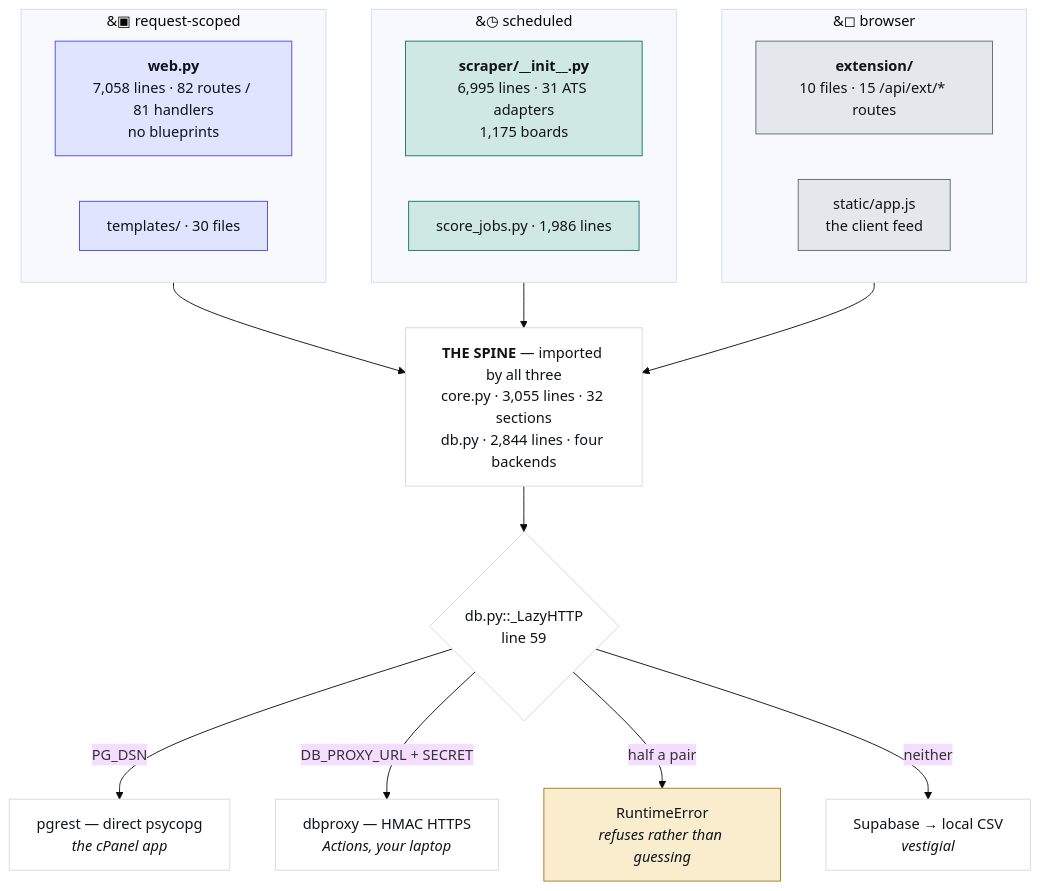
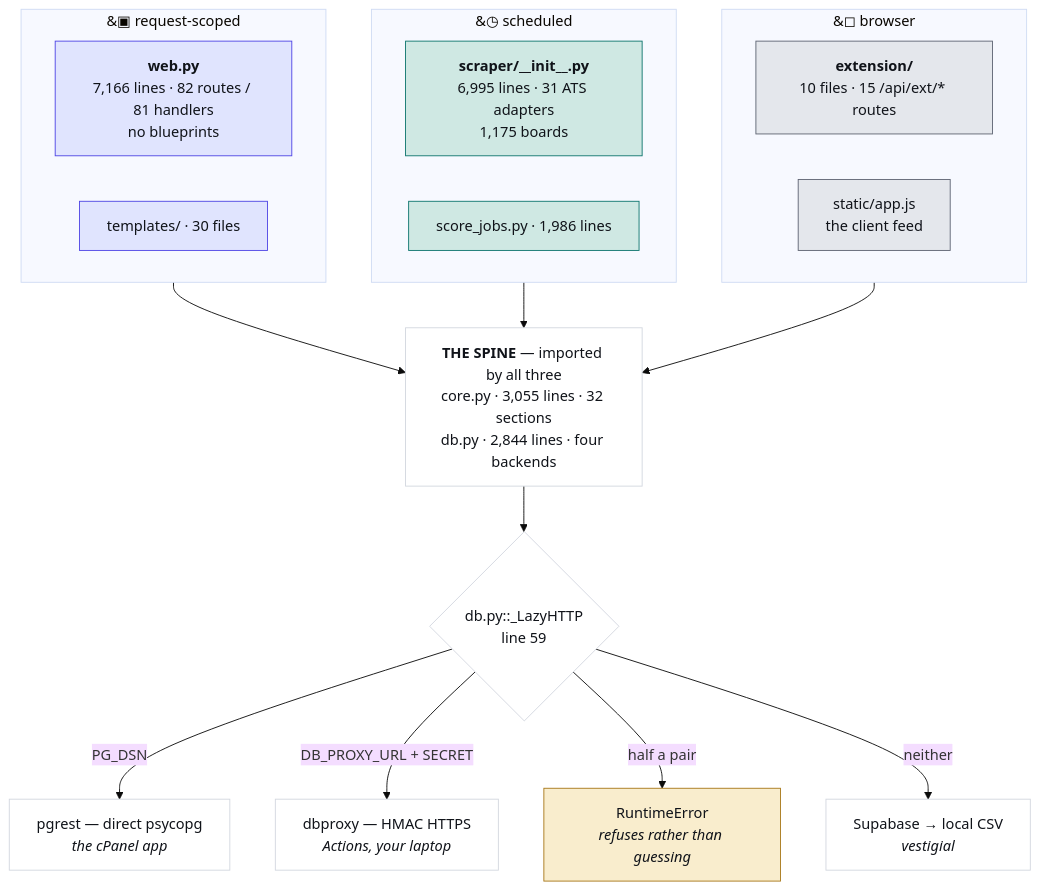
One commit to hadakunal909-debug/job-search-tool changed the first of 4 diagrams in JobMatch Scraper/docs/ARCHITECTURE.md. Above: the diagram before and after it, drawn with Mermaid (base theme). The commit also changed other lines of this file and 9 other files, not shown here.

````diff
--- a/JobMatch Scraper/docs/ARCHITECTURE.md
+++ b/JobMatch Scraper/docs/ARCHITECTURE.md
@@ -45,34 +45,34 @@
 ```mermaid
 flowchart TB
   subgraph REQ["&#9635; request-scoped"]
-    W["<b>web.py</b><br/>7,058 lines · 82 routes / 81 handlers<br/>no blueprints"]
+    W["<b>web.py</b><br/>7,166 lines · 82 routes / 81 handlers<br/>no blueprints"]
     T["templates/ · 30 files"]
   end
   subgraph SCH["&#9719; scheduled"]
     S["<b>scraper/__init__.py</b><br/>6,995 lines · 31 ATS adapters<br/>1,175 boards"]
     J["score_jobs.py · 1,986 lines"]
   end
   subgraph CLI["&#9723; browser"]
     E["<b>extension/</b><br/>10 files · 15 /api/ext/* routes"]
     A["static/app.js<br/>the client feed"]
   end
   SPINE["<b>THE SPINE</b> — imported by all three<br/>core.py · 3,055 lines · 32 sections<br/>db.py · 2,844 lines · four backends"]
   REQ --> SPINE
   SCH --> SPINE
   CLI --> SPINE
   SPINE --> D{"db.py::_LazyHTTP<br/>line 59"}
   D -->|"PG_DSN"| P["pgrest — direct psycopg<br/><i>the cPanel app</i>"]
   D -->|"DB_PROXY_URL + SECRET"| X["dbproxy — HMAC HTTPS<br/><i>Actions, your laptop</i>"]
   D -->|"half a pair"| R["RuntimeError<br/><i>refuses rather than guessing</i>"]
   D -->|"neither"| V["Supabase → local CSV<br/><i>vestigial</i>"]
   classDef web fill:#e0e4fe,stroke:#4f46e5,color:#101319
   classDef sched fill:#cfe8e3,stroke:#0f766e,color:#101319
   classDef client fill:#e4e7ec,stroke:#5f6573,color:#101319
   classDef trap fill:#f9edcd,stroke:#a8781a,color:#101319
   classDef plain fill:#ffffff,stroke:#d3d7df,color:#101319
   class W,T web
   class S,J sched
   class E,A client
   class R trap
   class SPINE,D,P,X,V plain
 ```
````
